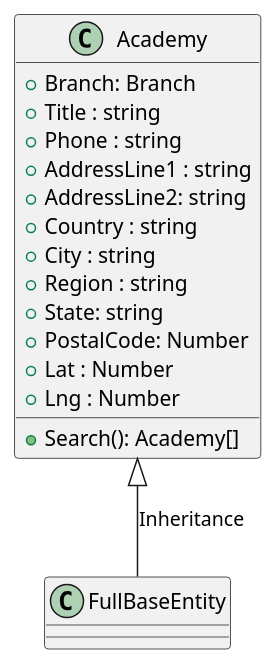
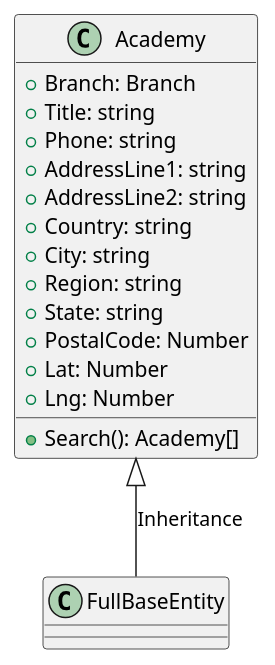
Before and after one commit to evrendev/sport-club: the diagram in uml/Academy/Academy.puml, drawn with PlantUML. The commit also changed 17 other files, not shown here.

```diff
--- a/uml/Academy/Academy.puml
+++ b/uml/Academy/Academy.puml
@@ -1,22 +1,22 @@
 @startuml Academy Class Diagram
 
 class Academy   {
     + Branch: Branch
-    + Title : string
-    + Phone : string
-    + AddressLine1 : string
+    + Title: string
+    + Phone: string
+    + AddressLine1: string
     + AddressLine2: string
-    + Country : string
-    + City : string
-    + Region : string
+    + Country: string
+    + City: string
+    + Region: string
     + State: string
     + PostalCode: Number
-    + Lat : Number
-    + Lng : Number
+    + Lat: Number
+    + Lng: Number
 
     + Search(): Academy[]
 }
 
 Academy <|-- FullBaseEntity: Inheritance
  
 @enduml
```
